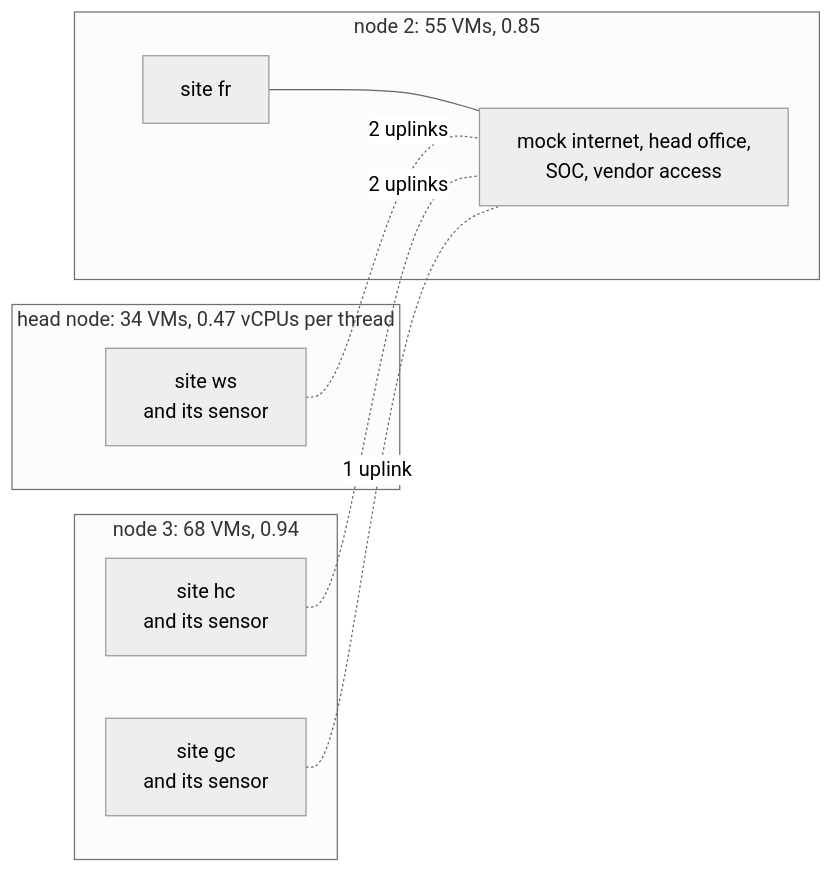
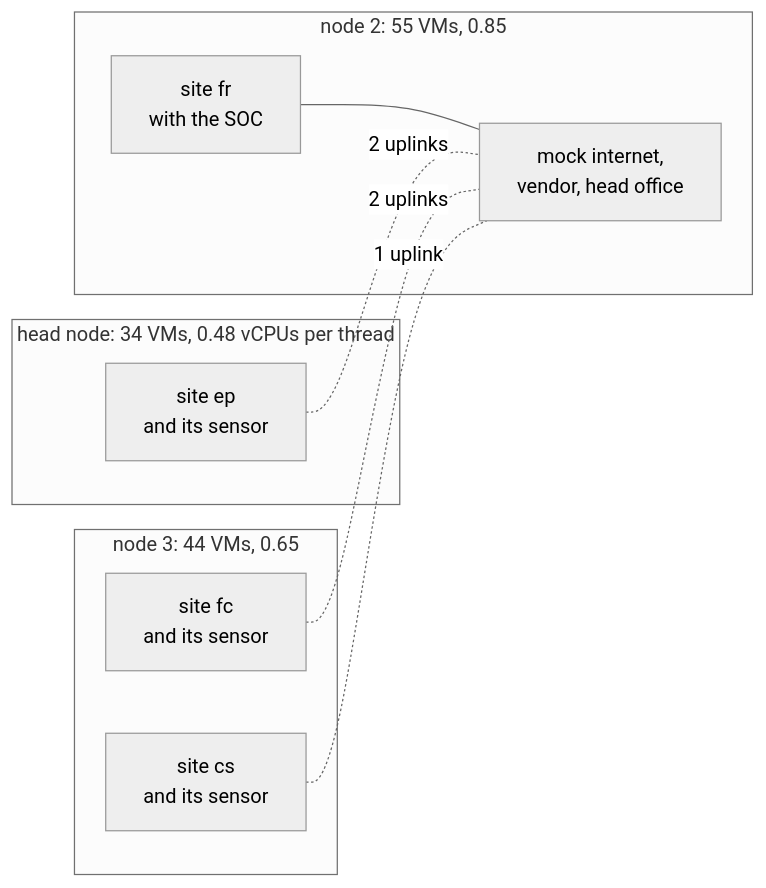
Before and after one commit to GhostofGoes/sceptre-phenix-topologies: the seventh of 10 diagrams in cherrymountain-brewery/docs/multisite/PLANS.md, drawn with Mermaid (neutral theme). The commit also changed other lines of this file and 50 other files, not shown here.

````diff
--- a/cherrymountain-brewery/docs/multisite/PLANS.md
+++ b/cherrymountain-brewery/docs/multisite/PLANS.md
@@ -575,18 +754,18 @@
 ```mermaid
 flowchart LR
-  subgraph N1["head node: 34 VMs, 0.47 vCPUs per thread"]
-    WS["site ws<br/>and its sensor"]
+  subgraph N1["head node: 34 VMs, 0.48 vCPUs per thread"]
+    EP["site ep<br/>and its sensor"]
   end
   subgraph N2["node 2: 55 VMs, 0.85"]
-    FR["site fr"]
-    ONCE["mock internet, head office,<br/>SOC, vendor access"]
+    FR["site fr<br/>with the SOC"]
+    ONCE["mock internet,<br/>vendor, head office"]
   end
-  subgraph N3["node 3: 68 VMs, 0.94"]
-    HC["site hc<br/>and its sensor"]
-    GC["site gc<br/>and its sensor"]
+  subgraph N3["node 3: 44 VMs, 0.65"]
+    CS["site cs<br/>and its sensor"]
+    FC["site fc<br/>and its sensor"]
   end
   FR --- ONCE
-  WS -. "2 uplinks" .- ONCE
-  HC -. "2 uplinks" .- ONCE
-  GC -. "1 uplink" .- ONCE
+  EP -. "2 uplinks" .- ONCE
+  FC -. "2 uplinks" .- ONCE
+  CS -. "1 uplink" .- ONCE
 ```
````
